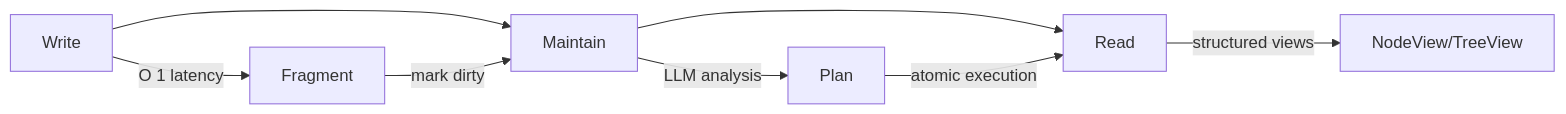
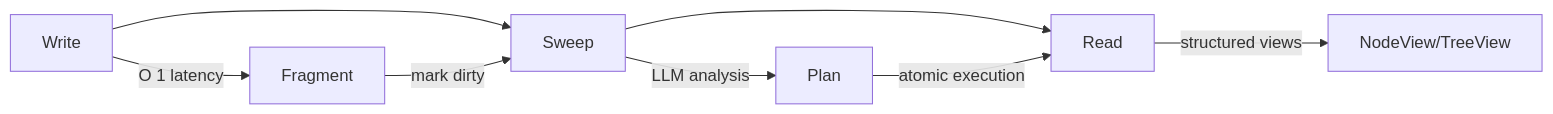
One commit to Linzwcs/semafs changed the diagram in docs/guide/introduction.md. Above: the diagram before and after it, drawn with Mermaid. The commit also changed other lines of this file and 25 other files, not shown here.

Commit message:
docs: align API/guide/design with latest semafs architecture

````diff
--- a/docs/guide/introduction.md
+++ b/docs/guide/introduction.md
@@ -31,10 +34,10 @@
 ```mermaid
 graph LR
-    W[Write] --> M[Maintain] --> R[Read]
+    W[Write] --> M[Sweep] --> R[Read]
 
     W --> |O 1 latency| F[Fragment]
     F --> |mark dirty| M
     M --> |LLM analysis| P[Plan]
     P --> |atomic execution| R
     R --> |structured views| V[NodeView/TreeView]
 ```
````
